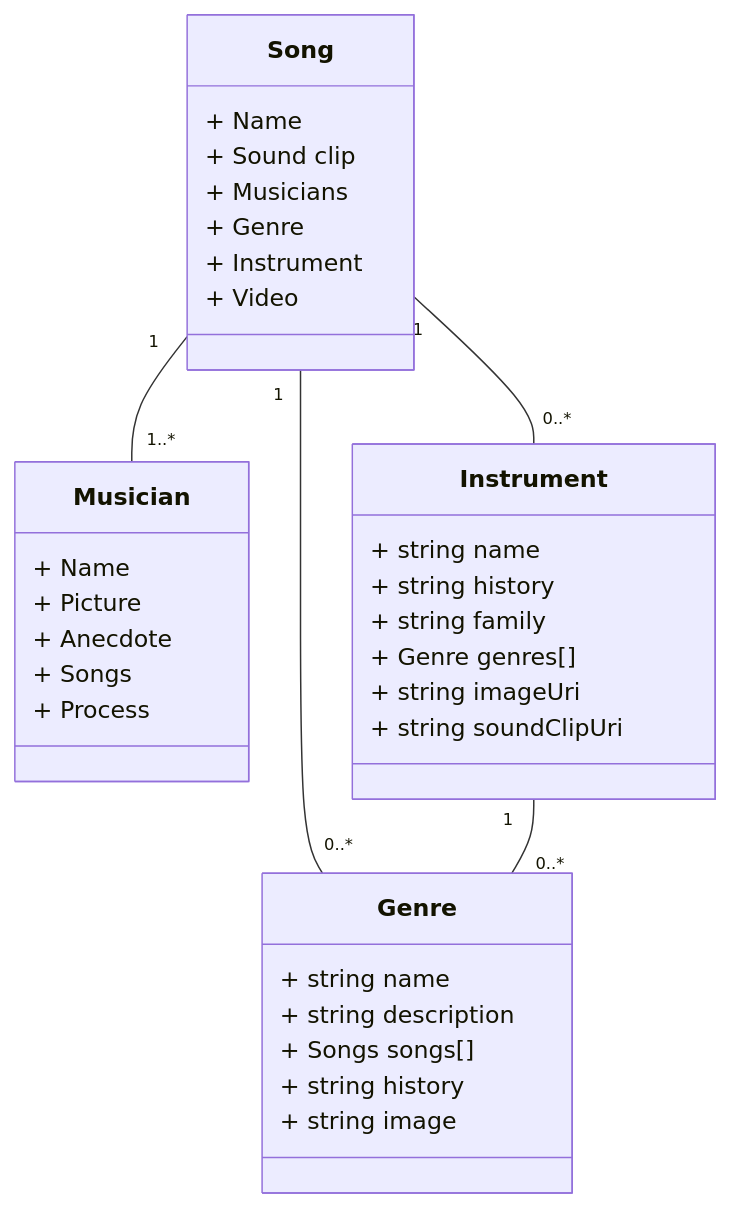
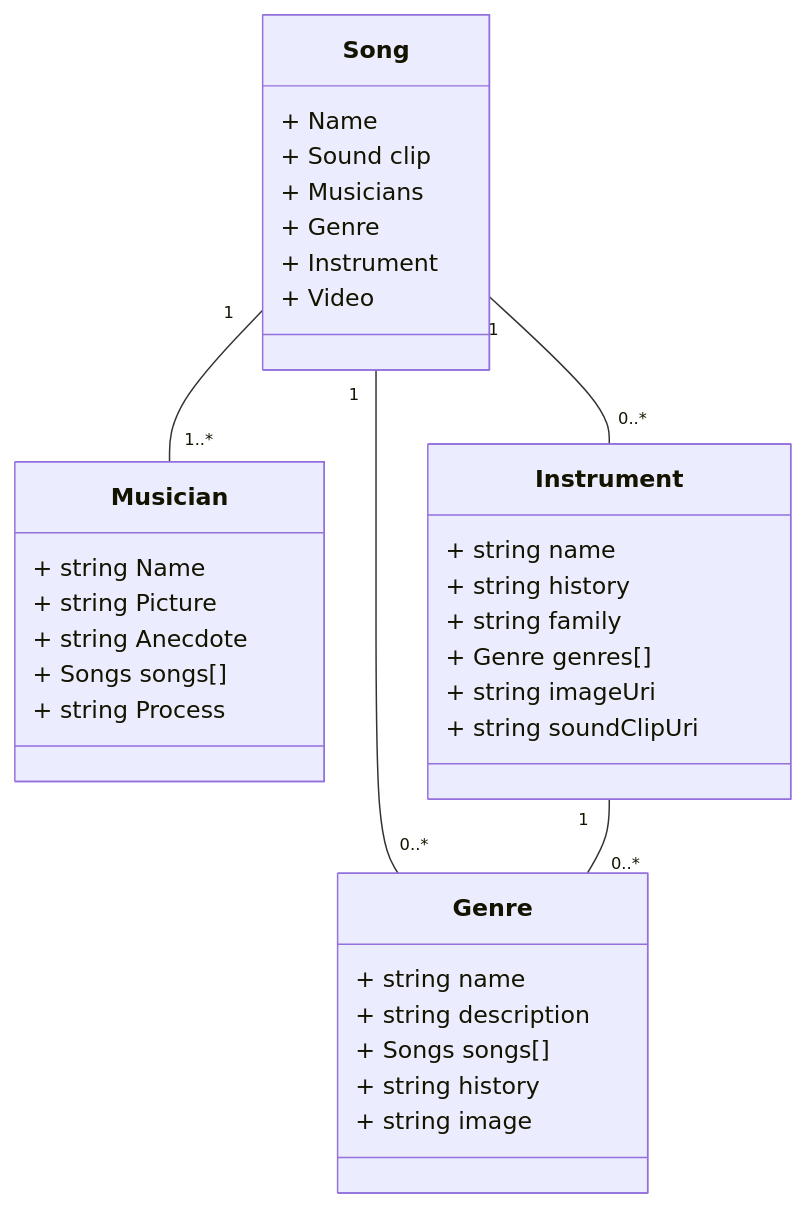
The diagram in README.md (travis-kuenzi/Mongo-Driven-Website-Term-Project), drawn with Mermaid before and after one commit.

Commit message:
update type on musician

````diff
--- a/README.md
+++ b/README.md
@@ -11,45 +11,45 @@
 ```mermaid
 classDiagram 
     class Genre {
       + string name
       + string description
       + Songs songs[]
       + string history
       + string image
     }
 
     class Musician {
-      + Name
-      + Picture
-      + Anecdote
-      + Songs
-      + Process
+      + string Name
+      + string Picture
+      + string Anecdote
+      + Songs songs[]
+      + string Process
     }
 
     class Instrument {
       + string name
       + string history
       + string family
       + Genre genres[]
       + string imageUri
       + string soundClipUri
     }
 
     class Song {
       + Name
       + Sound clip
       + Musicians
       + Genre
       + Instrument
       + Video
     }
 
 
     %%Links between entities - don't worry too much about details
 
     Song "1" -- "0..*" Genre
     Song "1" -- "1..*" Musician
     Song "1" -- "0..*" Instrument
 
     Instrument "1" -- "0..*" Genre
 ```
````
